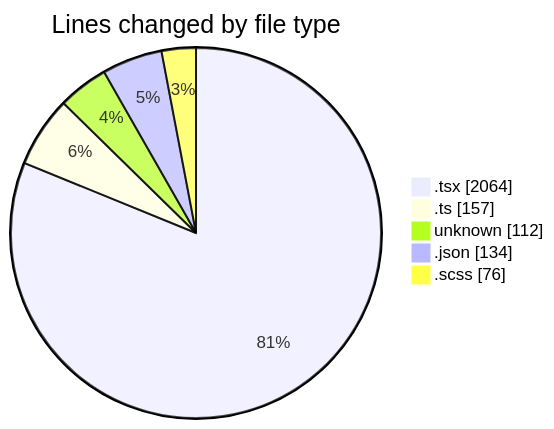
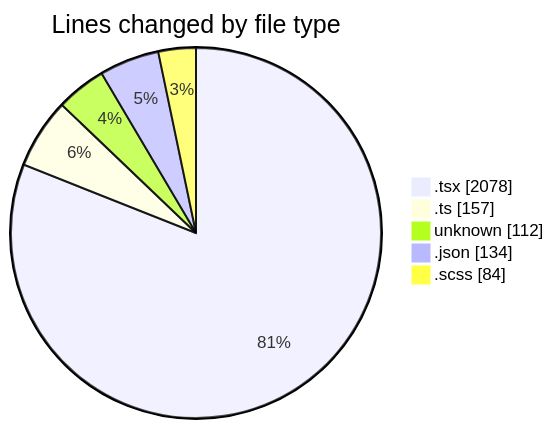
Before and after one commit to momahboobian/code-tracking: the first of 2 diagrams in 2026-04-28/cda/README.md, drawn with Mermaid. The commit also changed other lines of this file and 1 other file, not shown here.

````diff
--- a/2026-04-28/cda/README.md
+++ b/2026-04-28/cda/README.md
@@ -45,9 +45,9 @@
 ```mermaid
 pie showData
 title Lines changed by file type
-".tsx" : 2064
+".tsx" : 2078
 ".ts" : 157
 "unknown" : 112
 ".json" : 134
-".scss" : 76
+".scss" : 84
 ```
````
